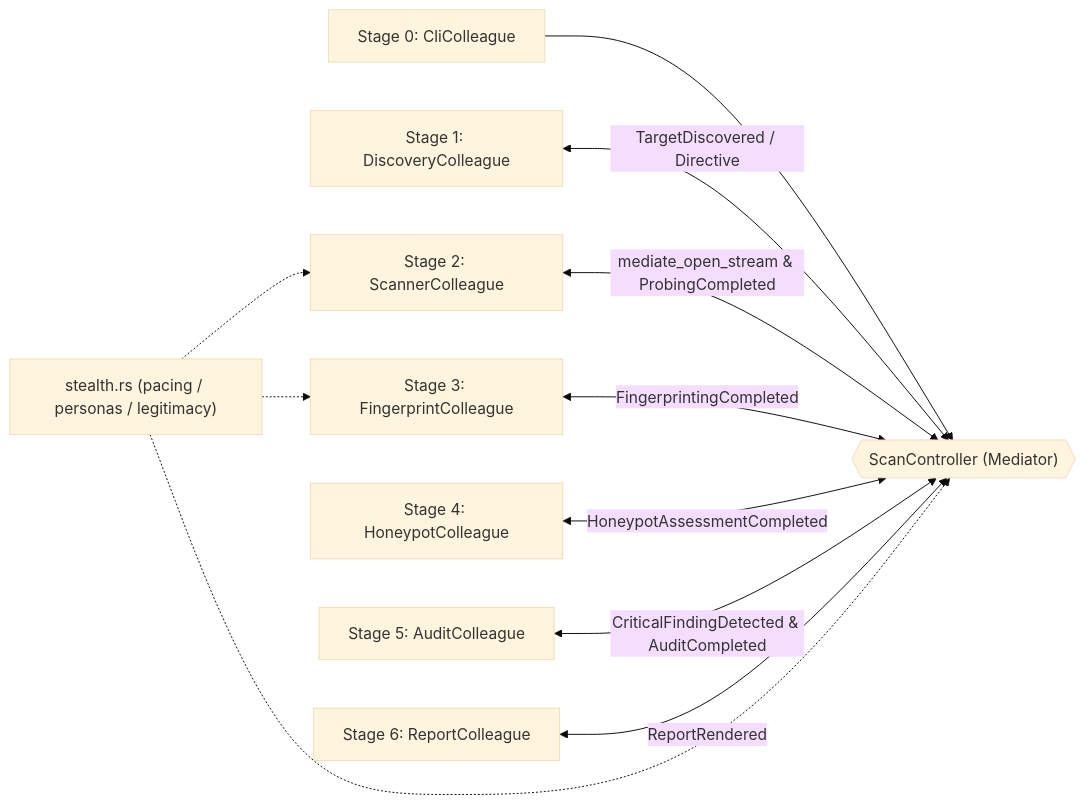
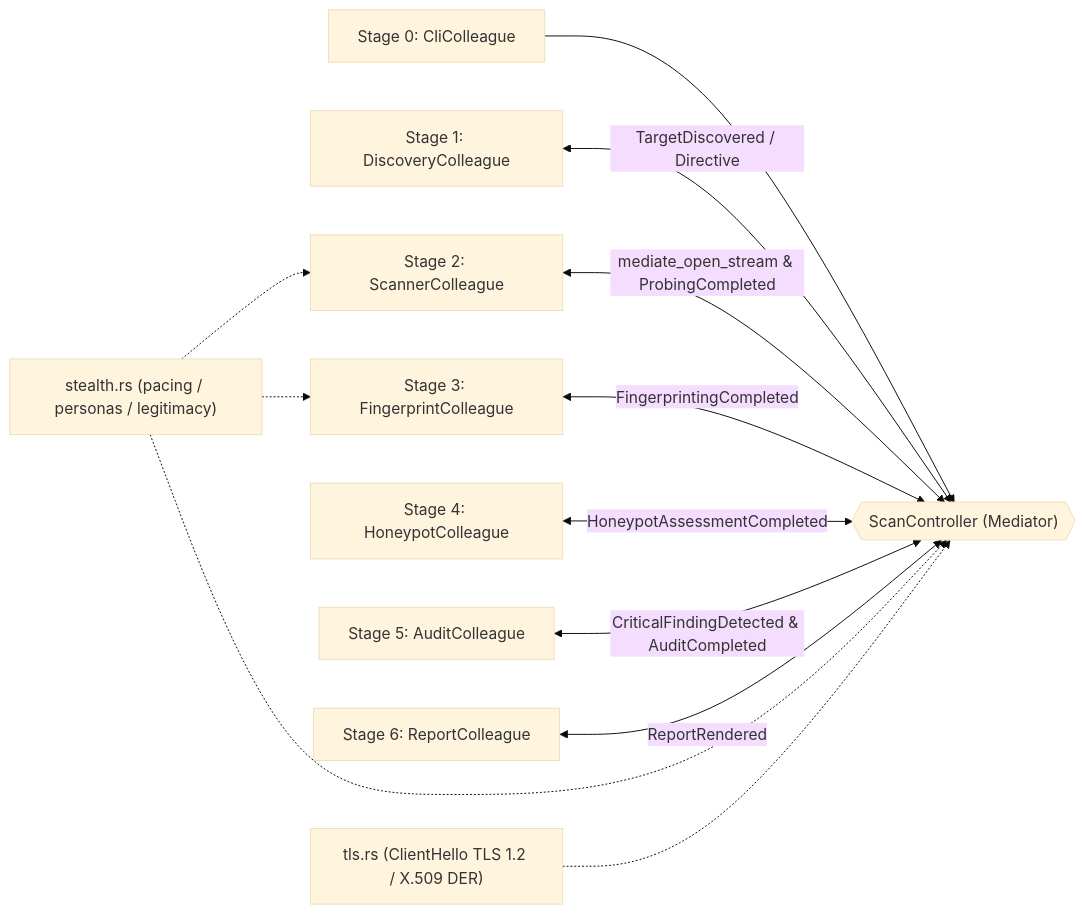
Before and after one commit to hoxtxnDev/HXSCAN-RUST: the diagram in README.md, drawn with Mermaid (base theme). The commit also changed other lines of this file and 19 other files, not shown here.

````diff
--- a/README.md
+++ b/README.md
@@ -297,13 +358,14 @@
 ```mermaid
 flowchart LR
     CLI["Stage 0: CliColleague"] --> CTRL{{"ScanController (Mediator)"}}
     S1["Stage 1: DiscoveryColleague"] <-->|"TargetDiscovered / Directive"| CTRL
     S2["Stage 2: ScannerColleague"] <-->|"mediate_open_stream & ProbingCompleted"| CTRL
     S3["Stage 3: FingerprintColleague"] <-->|"FingerprintingCompleted"| CTRL
     S4["Stage 4: HoneypotColleague"] <-->|"HoneypotAssessmentCompleted"| CTRL
     S5["Stage 5: AuditColleague"] <-->|"CriticalFindingDetected & AuditCompleted"| CTRL
     S6["Stage 6: ReportColleague"] <-->|"ReportRendered"| CTRL
     ST["stealth.rs (pacing / personas / legitimacy)"] -.-> S2
     ST -.-> S3
     ST -.-> CTRL
+    TLS["tls.rs (ClientHello TLS 1.2 / X.509 DER)"] -.-> CTRL
 ```
````
